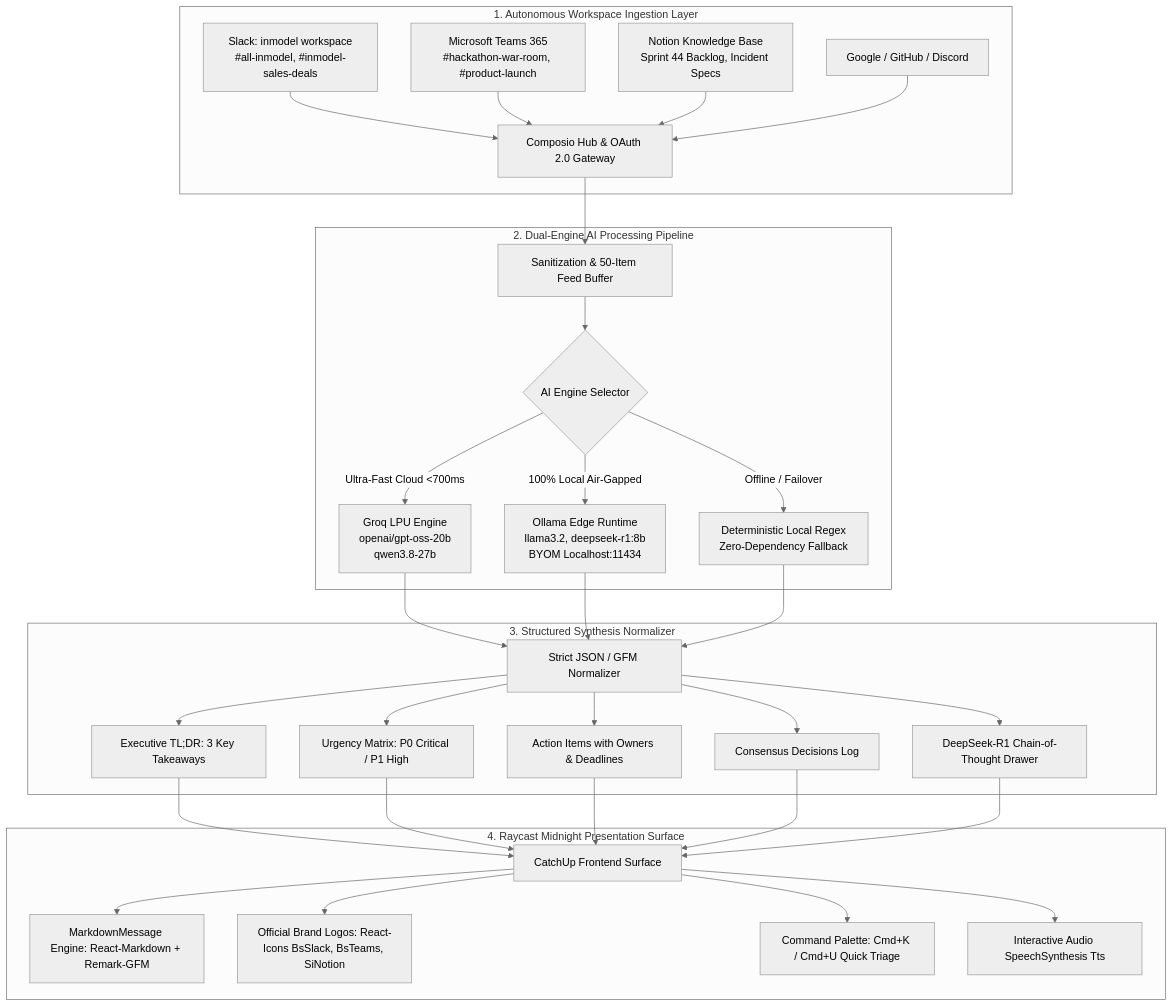
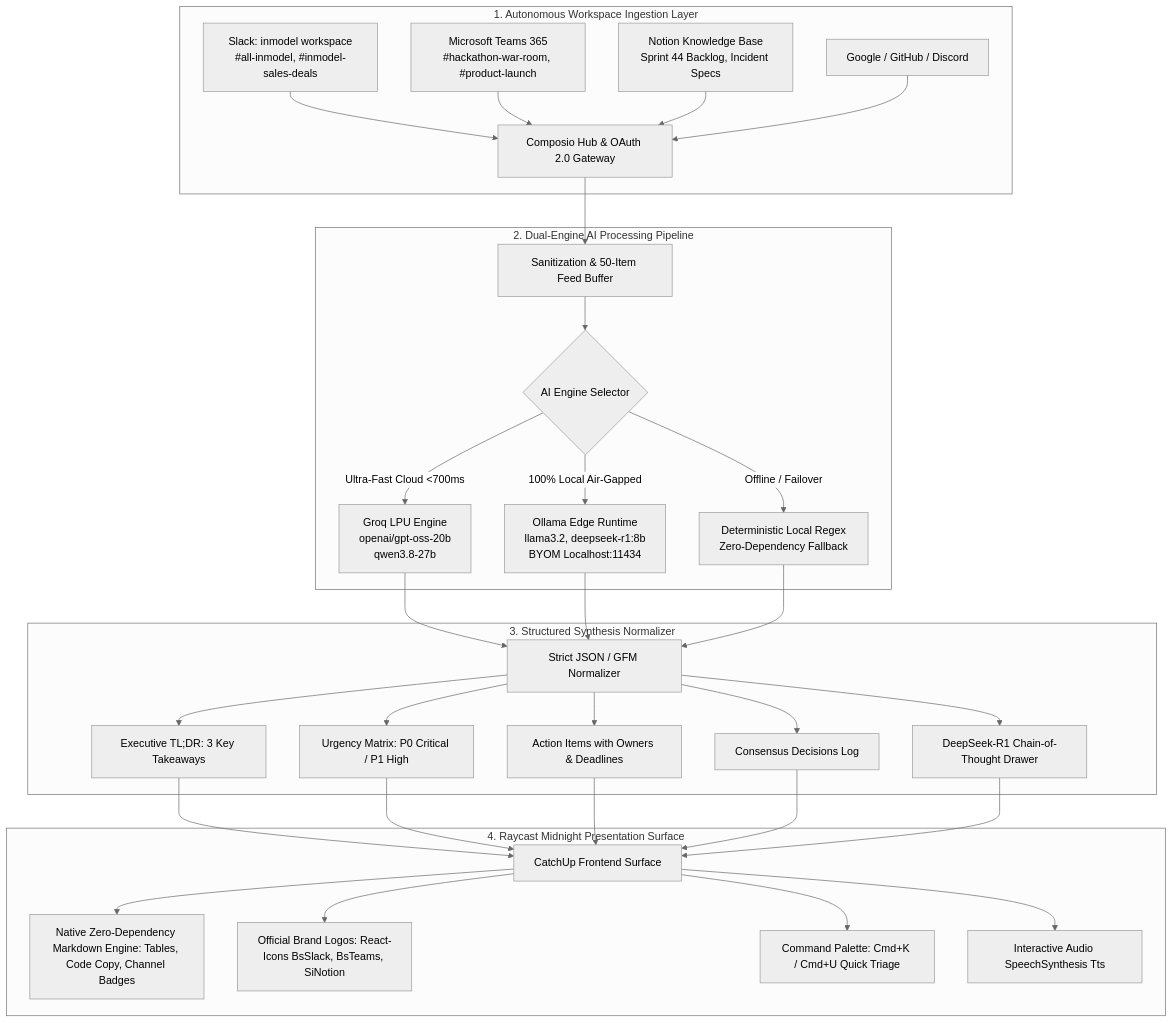
The diagram in PROMPT.MD (shree1071/catchup), drawn with Mermaid (neutral theme) before and after one commit.

Commit message:
docs: align PROMPT.MD architectural blueprint with native zero-dependency markdown engine

````diff
--- a/PROMPT.MD
+++ b/PROMPT.MD
@@ -43,36 +43,36 @@
 ```mermaid
 flowchart TD
     subgraph Ingestion [1. Autonomous Workspace Ingestion Layer]
         S1[Slack: inmodel workspace\n#all-inmodel, #inmodel-sales-deals]
         S2[Microsoft Teams 365\n#hackathon-war-room, #product-launch]
         S3[Notion Knowledge Base\nSprint 44 Backlog, Incident Specs]
         S4[Google / GitHub / Discord]
         COMPOSIO[Composio Hub & OAuth 2.0 Gateway]
         S1 & S2 & S3 & S4 --> COMPOSIO
     end
 
     subgraph Processing [2. Dual-Engine AI Processing Pipeline]
         COMPOSIO --> SANITIZE[Sanitization & 50-Item Feed Buffer]
         SANITIZE --> ROUTER{AI Engine Selector}
         ROUTER -->|Ultra-Fast Cloud <700ms| GROQ[Groq LPU Engine\nopenai/gpt-oss-20b\nqwen3.8-27b]
         ROUTER -->|100% Local Air-Gapped| OLLAMA[Ollama Edge Runtime\nllama3.2, deepseek-r1:8b\nBYOM Localhost:11434]
         ROUTER -->|Offline / Failover| REGEX[Deterministic Local Regex\nZero-Dependency Fallback]
     end
 
     subgraph Normalization [3. Structured Synthesis Normalizer]
         GROQ & OLLAMA & REGEX --> PARSER[Strict JSON / GFM Normalizer]
         PARSER --> TLDR[Executive TL;DR: 3 Key Takeaways]
         PARSER --> URGENCY[Urgency Matrix: P0 Critical / P1 High]
         PARSER --> ACTIONS[Action Items with Owners & Deadlines]
         PARSER --> DECISIONS[Consensus Decisions Log]
         PARSER --> THINK[DeepSeek-R1 Chain-of-Thought Drawer]
     end
 
     subgraph Presentation [4. Raycast Midnight Presentation Surface]
         TLDR & URGENCY & ACTIONS & DECISIONS & THINK --> UI[CatchUp Frontend Surface]
-        UI --> M1[MarkdownMessage Engine: React-Markdown + Remark-GFM]
+        UI --> M1[Native Zero-Dependency Markdown Engine: Tables, Code Copy, Channel Badges]
         UI --> M2[Official Brand Logos: React-Icons BsSlack, BsTeams, SiNotion]
         UI --> M3[Command Palette: Cmd+K / Cmd+U Quick Triage]
         UI --> M4[Interactive Audio SpeechSynthesis Tts]
     end
 ```
````
